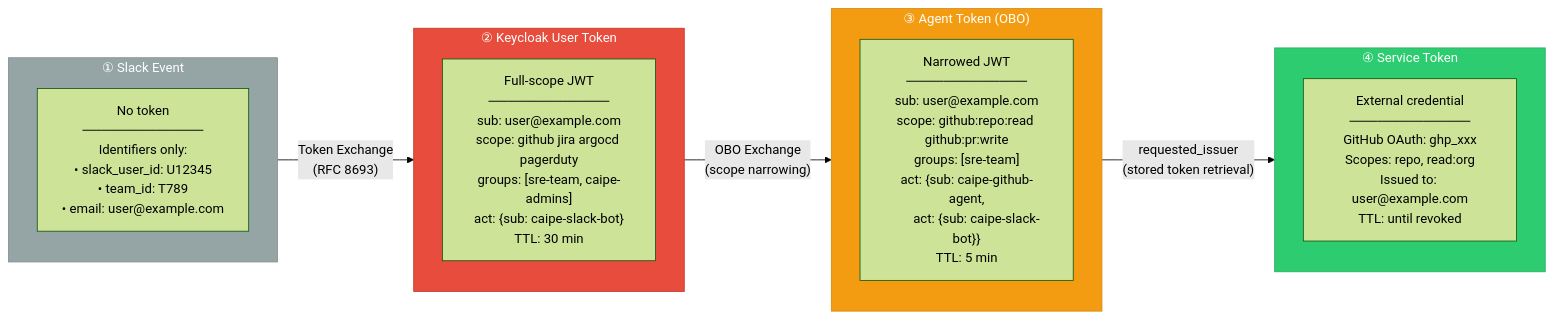
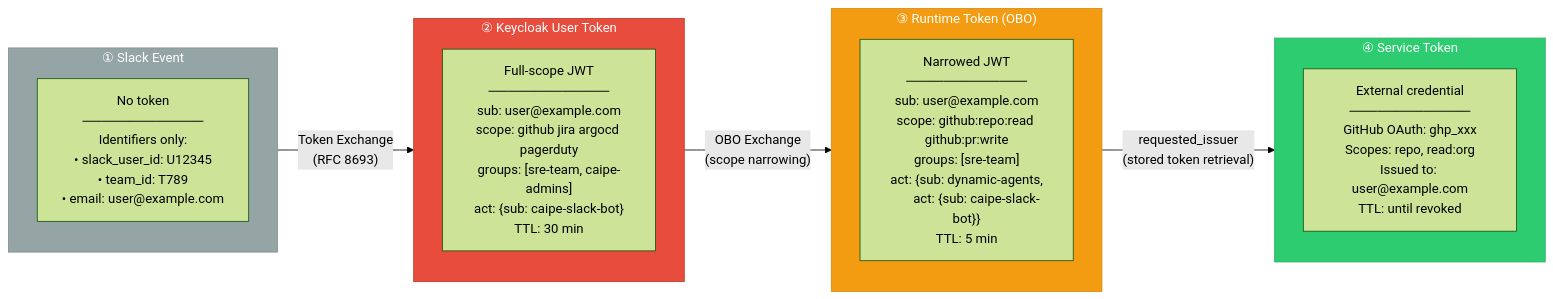
Before and after one commit to cnoe-io/ai-platform-engineering: the seventh of 10 diagrams in docs/docs/architecture/slack-bot-authorization.md, drawn with Mermaid (forest theme). The commit also changed other lines of this file and 252 other files, not shown here.

````diff
--- a/docs/docs/architecture/slack-bot-authorization.md
+++ b/docs/docs/architecture/slack-bot-authorization.md
@@ -349,27 +349,27 @@
 ```mermaid
 graph LR
     subgraph T1["① Slack Event"]
         S1["No token<br/>─────────────<br/>Identifiers only:<br/>• slack_user_id: U12345<br/>• team_id: T789<br/>• email: user@example.com"]
     end
 
     subgraph T2["② Keycloak User Token"]
         S2["Full-scope JWT<br/>─────────────<br/>sub: user@example.com<br/>scope: github jira argocd pagerduty<br/>groups: [sre-team, caipe-admins]<br/>act: {sub: caipe-slack-bot}<br/>TTL: 30 min"]
     end
 
-    subgraph T3["③ Agent Token (OBO)"]
-        S3["Narrowed JWT<br/>─────────────<br/>sub: user@example.com<br/>scope: github:repo:read github:pr:write<br/>groups: [sre-team]<br/>act: {sub: caipe-github-agent,<br/>      act: {sub: caipe-slack-bot}}<br/>TTL: 5 min"]
+    subgraph T3["③ Runtime Token (OBO)"]
+        S3["Narrowed JWT<br/>─────────────<br/>sub: user@example.com<br/>scope: github:repo:read github:pr:write<br/>groups: [sre-team]<br/>act: {sub: dynamic-agents,<br/>      act: {sub: caipe-slack-bot}}<br/>TTL: 5 min"]
     end
 
     subgraph T4["④ Service Token"]
         S4["External credential<br/>─────────────<br/>GitHub OAuth: ghp_xxx<br/>Scopes: repo, read:org<br/>Issued to: user@example.com<br/>TTL: until revoked"]
     end
 
     T1 -->|"Token Exchange<br/>(RFC 8693)"| T2
     T2 -->|"OBO Exchange<br/>(scope narrowing)"| T3
     T3 -->|"requested_issuer<br/>(stored token retrieval)"| T4
 
     style T1 fill:#95a5a6,color:#fff,stroke:#7f8c8d
     style T2 fill:#e74c3c,color:#fff,stroke:#c0392b
     style T3 fill:#f39c12,color:#fff,stroke:#d68910
     style T4 fill:#2ecc71,color:#fff,stroke:#27ae60
 ```
````
